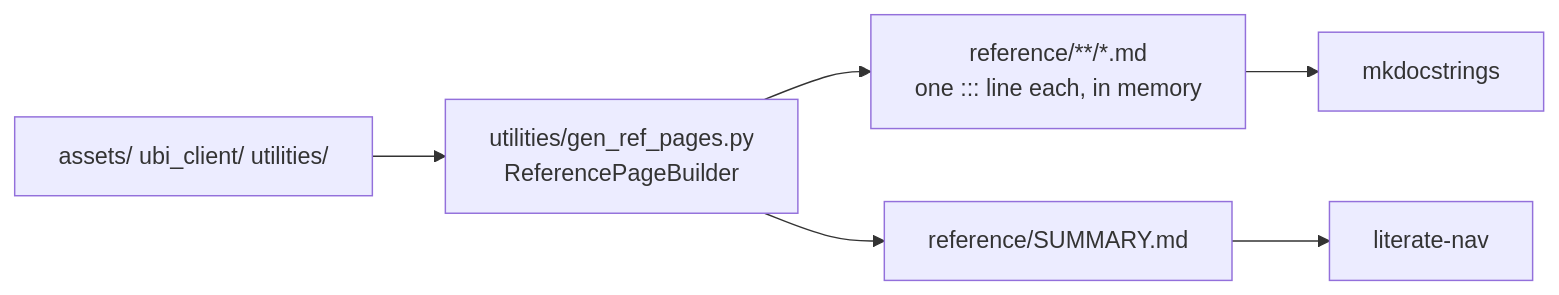
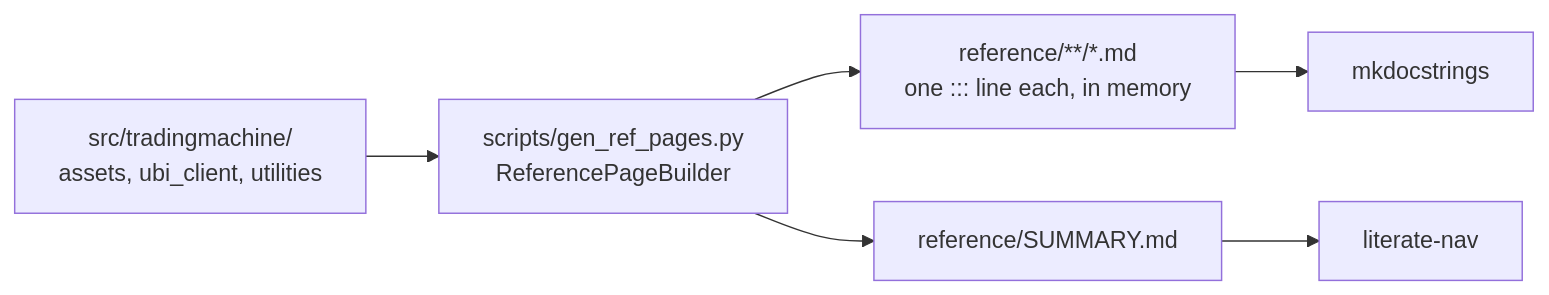
The diagram in docs/contributing/documentation.md (pramodathani/tradingmachine), drawn with Mermaid before and after one commit. The commit also changed other lines of this file and 26 other files, not shown here.

````diff
--- a/docs/contributing/documentation.md
+++ b/docs/contributing/documentation.md
@@ -31,8 +32,8 @@
 ```mermaid
 flowchart LR
-    SRC["assets/ ubi_client/ utilities/"] --> GEN["utilities/gen_ref_pages.py<br/>ReferencePageBuilder"]
+    SRC["src/tradingmachine/<br/>assets, ubi_client, utilities"] --> GEN["scripts/gen_ref_pages.py<br/>ReferencePageBuilder"]
     GEN --> PAGES["reference/**/*.md<br/>one ::: line each, in memory"]
     GEN --> SUM["reference/SUMMARY.md"]
     PAGES --> MKD["mkdocstrings"]
     SUM --> NAV["literate-nav"]
 ```
````
